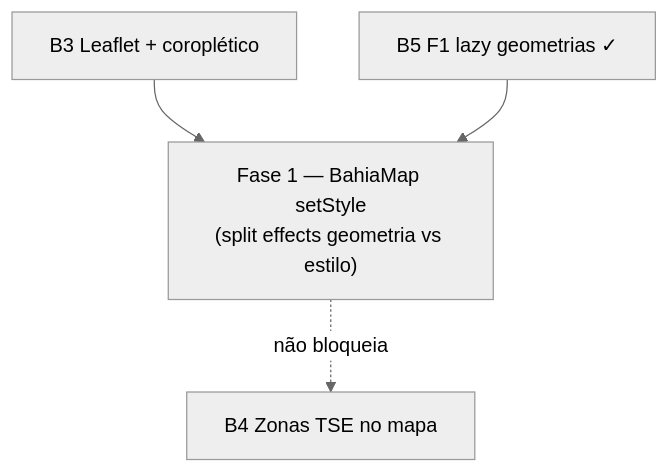
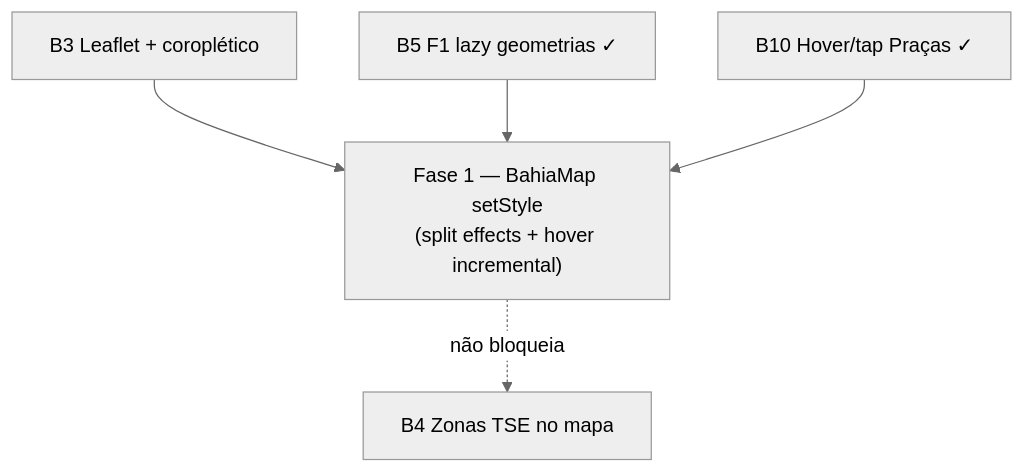
Before and after one commit to fsolla/teqo: the diagram in docs/plans/escala-dry-pos-b3.md, drawn with Mermaid (neutral theme). The commit also changed other lines of this file and 7 other files, not shown here.

First line of the commit message:
Deliver B10 hover/tap on Praças map and absorb perf debts into B6.

````diff
--- a/docs/plans/escala-dry-pos-b3.md
+++ b/docs/plans/escala-dry-pos-b3.md
@@ -43,7 +49,8 @@
 ```mermaid
 flowchart TD
     B3["B3 Leaflet + coroplético"] --> F1
     B5F1["B5 F1 lazy geometrias ✓"] --> F1
-    F1["Fase 1 — BahiaMap setStyle<br/>(split effects geometria vs estilo)"]
+    B10["B10 Hover/tap Praças ✓"] --> F1
+    F1["Fase 1 — BahiaMap setStyle<br/>(split effects + hover incremental)"]
     F1 -.não bloqueia.-> B4["B4 Zonas TSE no mapa"]
 ```
````
